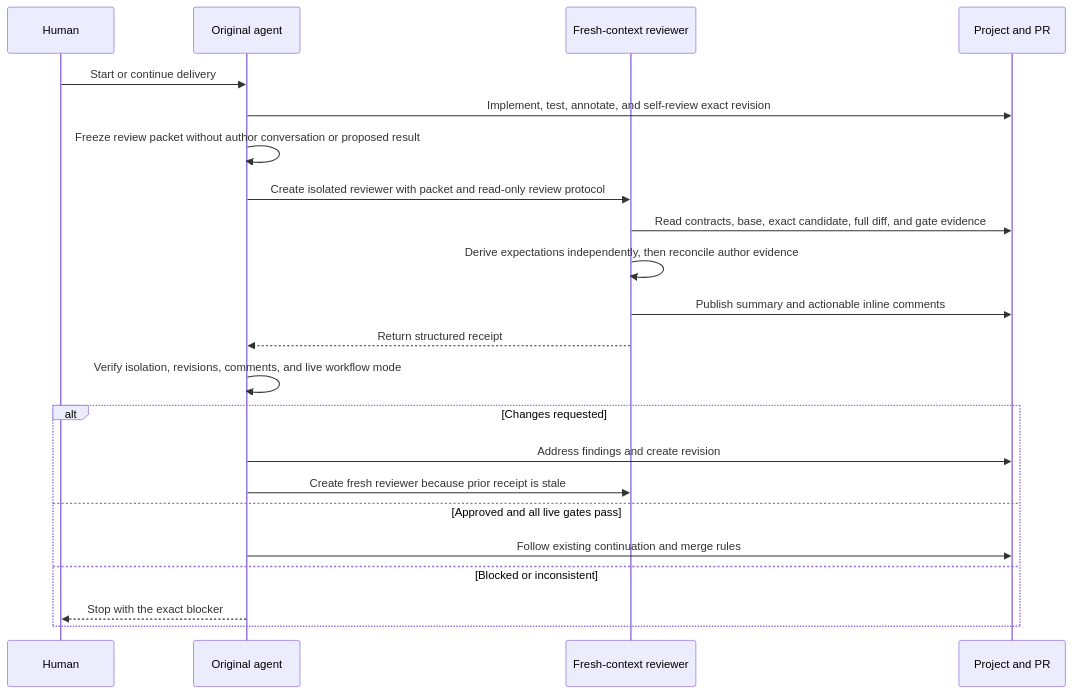
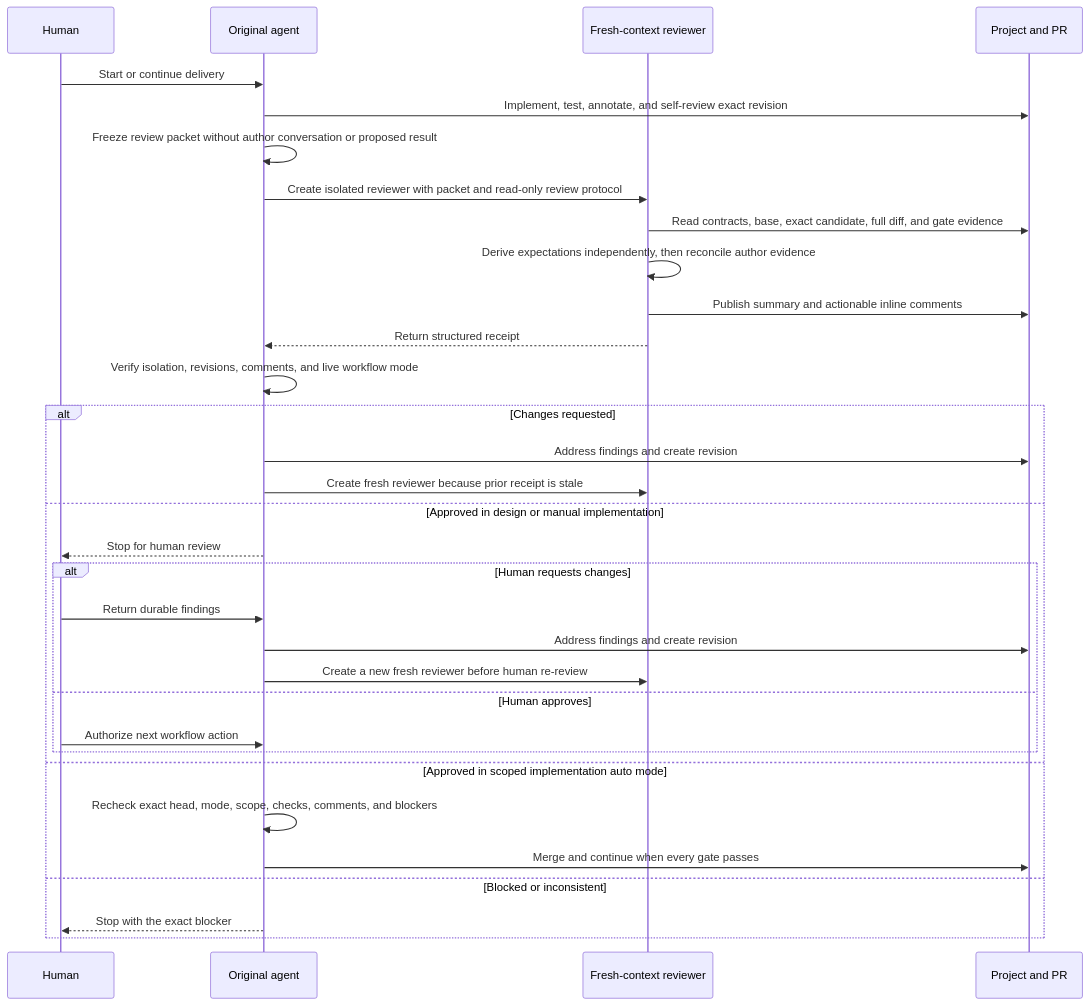
The fourth of 4 diagrams in README.md (hhhhhusky777/spec-driven-delivery-playbook), drawn with Mermaid before and after one commit. The commit also changed other lines of this file and 37 other files, not shown here.

Commit message:
Require fresh review at every review gate

````diff
--- a/README.md
+++ b/README.md
@@ -645,25 +656,35 @@
 ```mermaid
 sequenceDiagram
     participant U as Human
     participant A as Original agent
     participant R as Fresh-context reviewer
     participant P as Project and PR
 
     U->>A: Start or continue delivery
     A->>P: Implement, test, annotate, and self-review exact revision
     A->>A: Freeze review packet without author conversation or proposed result
     A->>R: Create isolated reviewer with packet and read-only review protocol
     R->>P: Read contracts, base, exact candidate, full diff, and gate evidence
     R->>R: Derive expectations independently, then reconcile author evidence
     R->>P: Publish summary and actionable inline comments
     R-->>A: Return structured receipt
     A->>A: Verify isolation, revisions, comments, and live workflow mode
     alt Changes requested
         A->>P: Address findings and create revision
         A->>R: Create fresh reviewer because prior receipt is stale
-    else Approved and all live gates pass
-        A->>P: Follow existing continuation and merge rules
+    else Approved in design or manual implementation
+        A-->>U: Stop for human review
+        alt Human requests changes
+            U->>A: Return durable findings
+            A->>P: Address findings and create revision
+            A->>R: Create a new fresh reviewer before human re-review
+        else Human approves
+            U->>A: Authorize next workflow action
+        end
+    else Approved in scoped implementation auto mode
+        A->>A: Recheck exact head, mode, scope, checks, comments, and blockers
+        A->>P: Merge and continue when every gate passes
     else Blocked or inconsistent
         A-->>U: Stop with the exact blocker
     end
 ```
````
